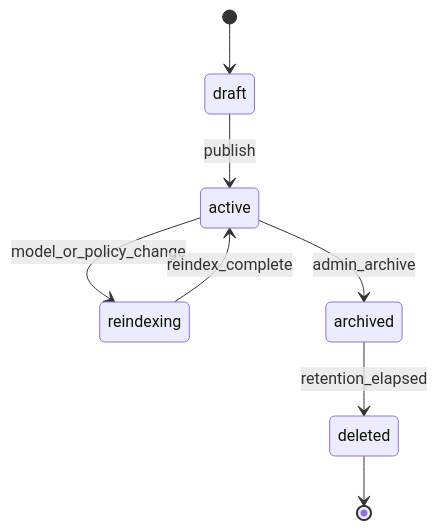
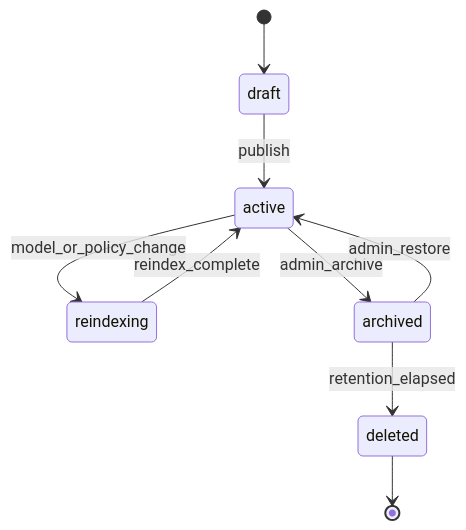
The fifth of 20 diagrams in docs/domain/ENTITY_LIFECYCLE.md (sohrab-phd/RAG-Enterprise), drawn with Mermaid before and after one commit. The commit also changed other lines of this file and 17 other files, not shown here.

````diff
--- a/docs/domain/ENTITY_LIFECYCLE.md
+++ b/docs/domain/ENTITY_LIFECYCLE.md
@@ -90,10 +90,11 @@
 ```mermaid
 stateDiagram-v2
     [*] --> draft
     draft --> active: publish
     active --> reindexing: model_or_policy_change
     reindexing --> active: reindex_complete
     active --> archived: admin_archive
+    archived --> active: admin_restore
     archived --> deleted: retention_elapsed
     deleted --> [*]
 ```
````
